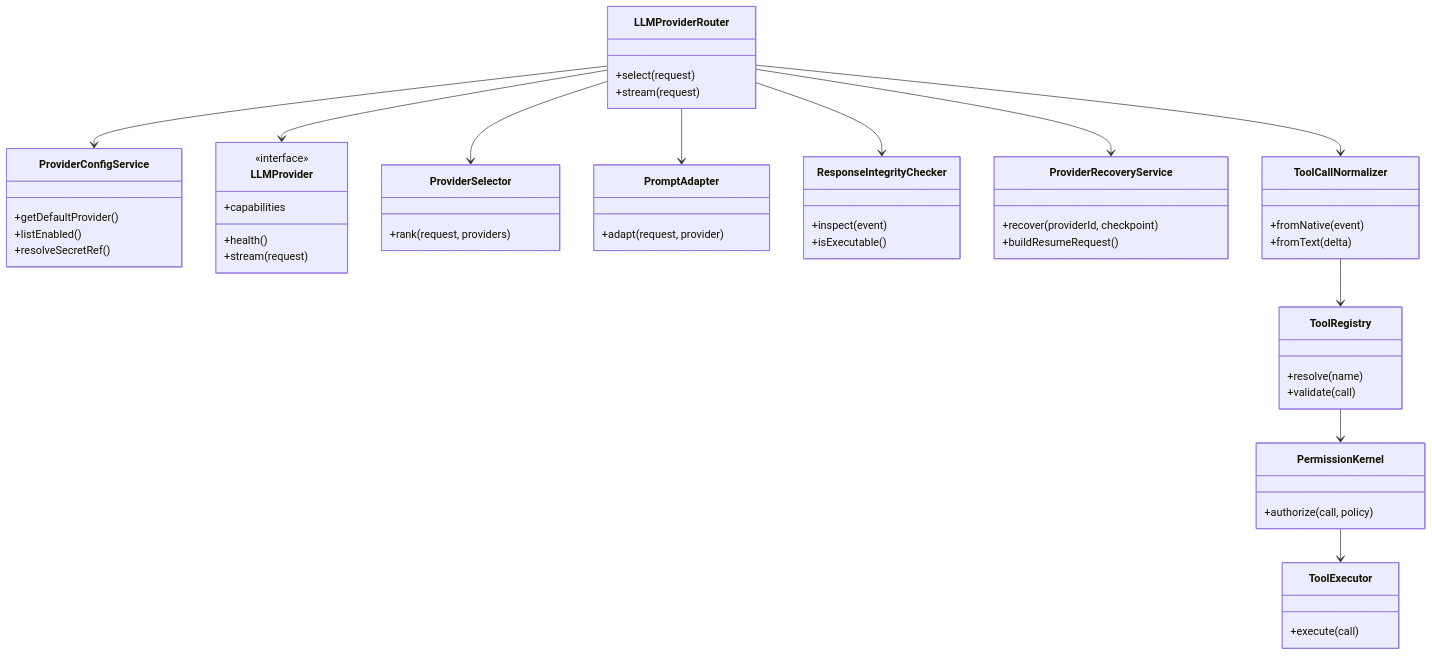
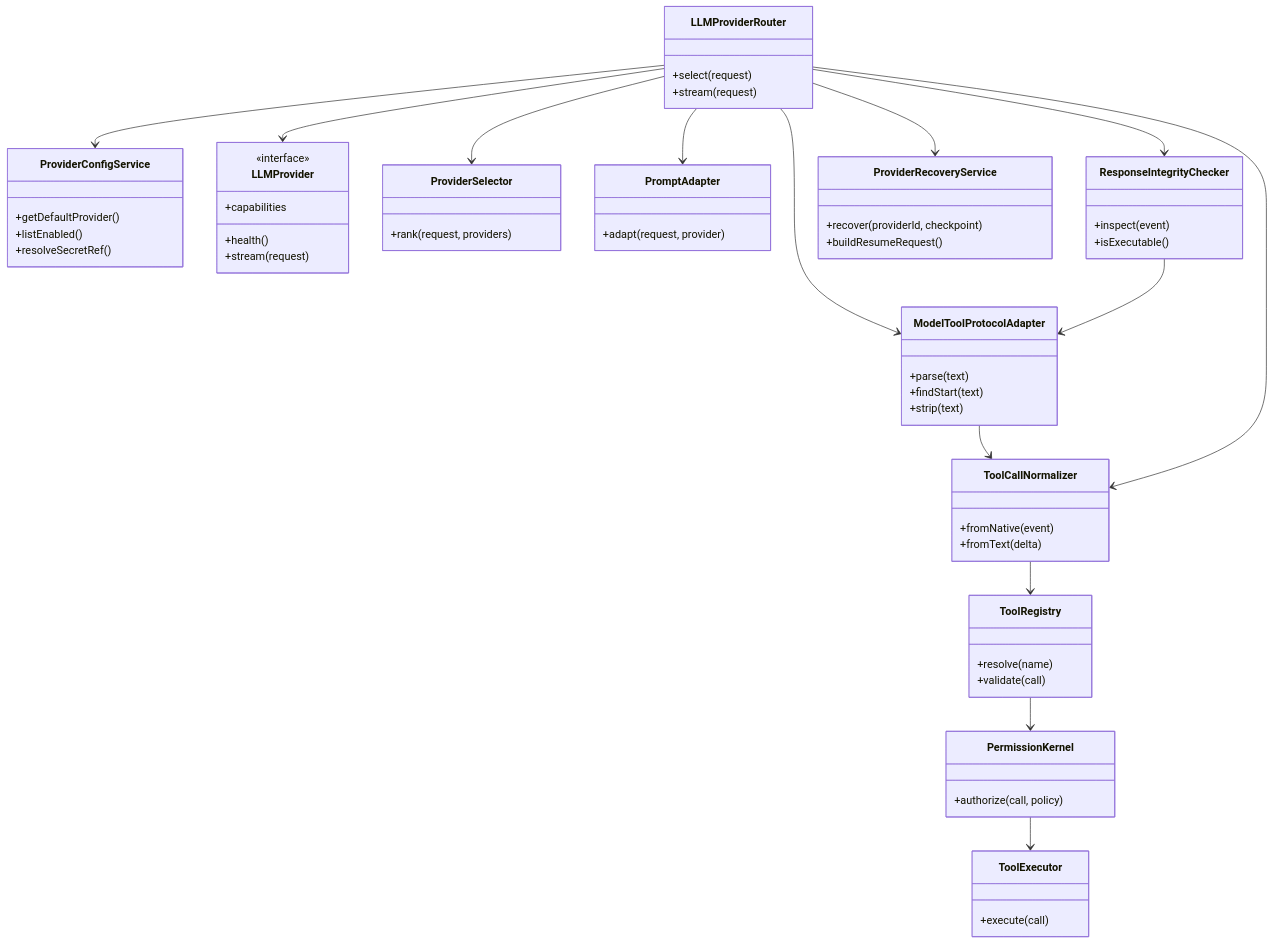
Before and after one commit to FrankFdb/devseek: the fourth of 4 diagrams in docs/architecture/02-模型供应商与工具协议架构设计.md, drawn with Mermaid. The commit also changed other lines of this file and 22 other files, not shown here.

Commit message:
fix(agent): normalize tool protocol loops

````diff
--- a/docs/architecture/02-模型供应商与工具协议架构设计.md
+++ b/docs/architecture/02-模型供应商与工具协议架构设计.md
@@ -171,57 +175,65 @@
 ```mermaid
 classDiagram
   class LLMProviderRouter {
     +select(request)
     +stream(request)
   }
   class ProviderConfigService {
     +getDefaultProvider()
     +listEnabled()
     +resolveSecretRef()
   }
   class LLMProvider {
     <<interface>>
     +capabilities
     +health()
     +stream(request)
   }
   class ProviderSelector {
     +rank(request, providers)
   }
   class PromptAdapter {
     +adapt(request, provider)
   }
   class ResponseIntegrityChecker {
     +inspect(event)
     +isExecutable()
   }
   class ProviderRecoveryService {
     +recover(providerId, checkpoint)
     +buildResumeRequest()
   }
   class ToolCallNormalizer {
     +fromNative(event)
     +fromText(delta)
   }
+  class ModelToolProtocolAdapter {
+    +parse(text)
+    +findStart(text)
+    +strip(text)
+  }
   class ToolRegistry {
     +resolve(name)
     +validate(call)
   }
   class PermissionKernel {
     +authorize(call, policy)
   }
   class ToolExecutor {
     +execute(call)
   }
 
   LLMProviderRouter --> ProviderSelector
   LLMProviderRouter --> ProviderConfigService
   LLMProviderRouter --> PromptAdapter
   LLMProviderRouter --> LLMProvider
   LLMProviderRouter --> ResponseIntegrityChecker
   LLMProviderRouter --> ProviderRecoveryService
+  LLMProviderRouter --> ModelToolProtocolAdapter
+  ResponseIntegrityChecker --> ModelToolProtocolAdapter
+  ModelToolProtocolAdapter --> ToolCallNormalizer
   LLMProviderRouter --> ToolCallNormalizer
   ToolCallNormalizer --> ToolRegistry
   ToolRegistry --> PermissionKernel
   PermissionKernel --> ToolExecutor
 ```
````
